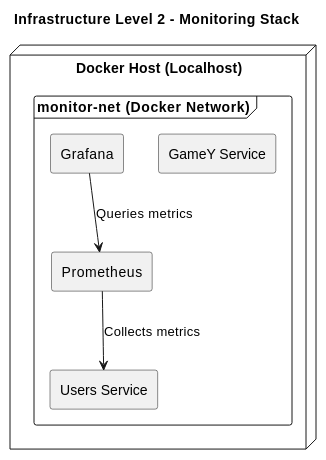
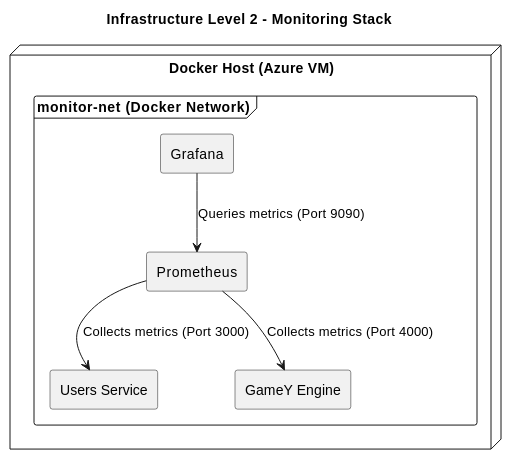
Before and after one commit to Arquisoft/yovi_es1a: the fifth of 6 diagrams in docs/src/07_deployment_view.adoc, drawn with PlantUML. The commit also changed other lines of this file and 2 other files, not shown here.

```diff
--- a/docs/src/07_deployment_view.adoc
+++ b/docs/src/07_deployment_view.adoc
@@ -262,21 +272,23 @@
 [plantuml]
 ----
 @startuml
 title Infrastructure Level 2 - Monitoring Stack
 
 skinparam shadowing false
 skinparam componentStyle rectangle
 
-node "Docker Host (Localhost)" as host {
+node "Docker Host (Azure VM)" as host {
   frame "monitor-net (Docker Network)" as net {
     [Users Service] as users
-    [GameY Service] as gamey
+    [GameY Engine] as gamey
     [Prometheus] as prom
     [Grafana] as graf
   }
 }
 
-prom --> users : Collects metrics
-graf --> prom : Queries metrics
+' Prometheus hace scraping de ambos servicios de backend
+prom --> users : Collects metrics (Port 3000)
+prom --> gamey : Collects metrics (Port 4000)
+graf --> prom : Queries metrics (Port 9090)
 @enduml
 ----
```
